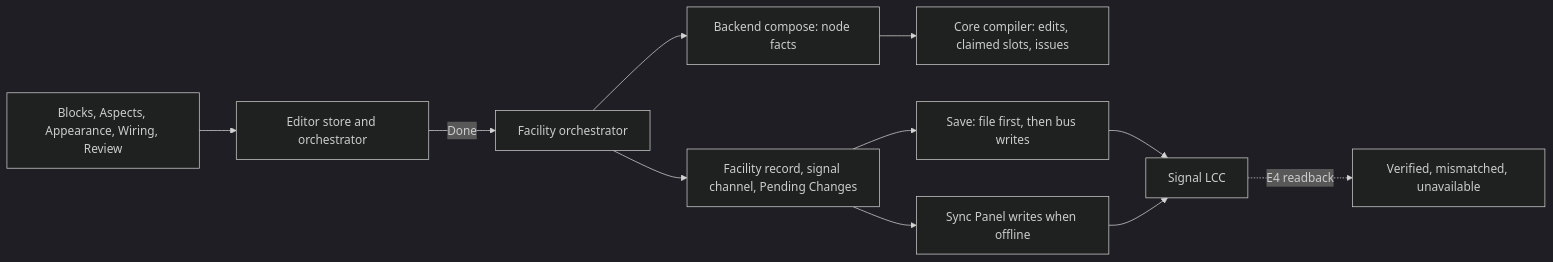
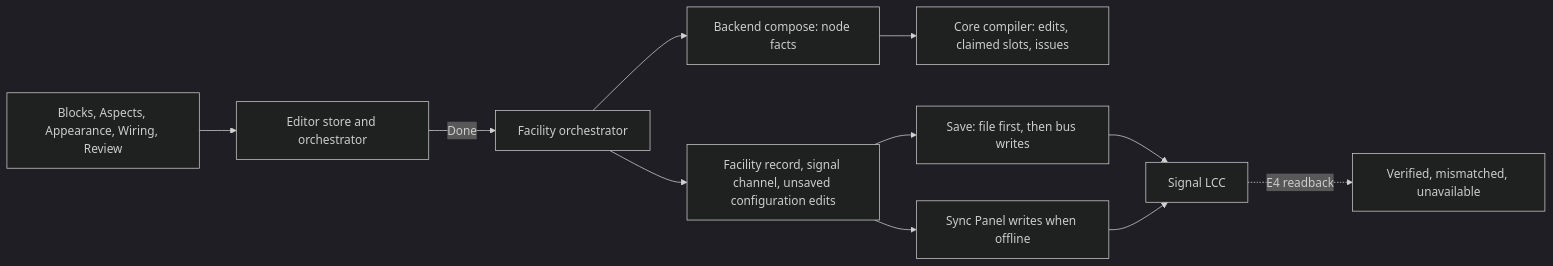
One commit to JohnSL/Bowties changed the second of 2 diagrams in specs/020-block-signals-first-slice/slices.md. Above: the diagram before and after it, drawn with Mermaid (dark theme). The commit also changed other lines of this file and 63 other files, not shown here.

````diff
--- a/specs/020-block-signals-first-slice/slices.md
+++ b/specs/020-block-signals-first-slice/slices.md
@@ -59,13 +59,13 @@
 ```mermaid
 flowchart LR
     Steps[Blocks, Aspects, Appearance, Wiring, Review] --> Editor[Editor store and orchestrator]
     Editor -->|Done| FOrch[Facility orchestrator]
     FOrch --> Compose[Backend compose: node facts]
     Compose --> Compiler[Core compiler: edits, claimed slots, issues]
-    FOrch --> Drafts[Facility record, signal channel, Pending Changes]
+    FOrch --> Drafts[Facility record, signal channel, unsaved configuration edits]
     Drafts --> Save[Save: file first, then bus writes]
     Drafts --> Sync[Sync Panel writes when offline]
     Save --> Nodes[Signal LCC]
     Sync --> Nodes
     Nodes -.->|E4 readback| Status[Verified, mismatched, unavailable]
 ```
````
